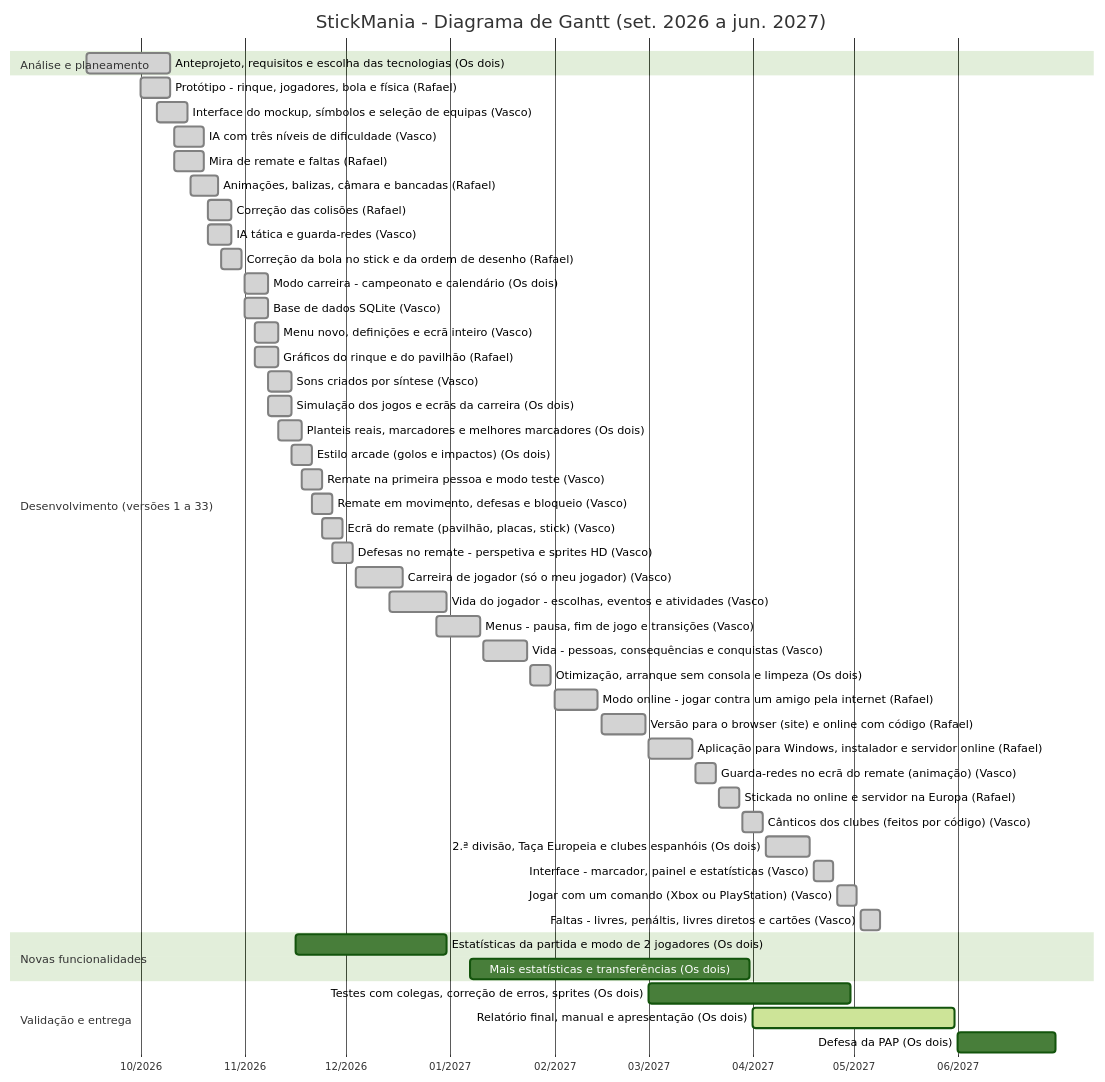
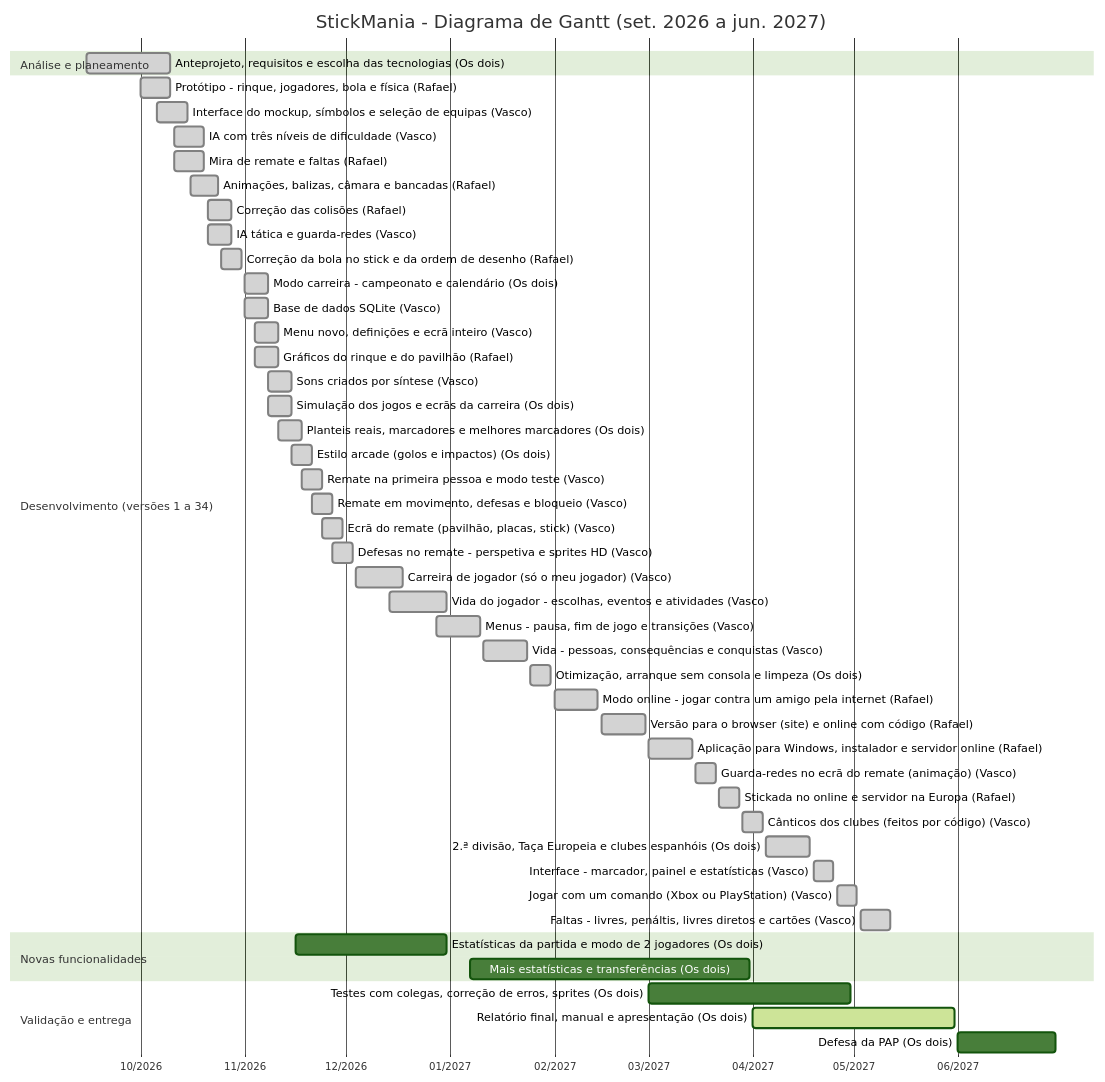
The diagram in docs/GANTT.md (RafaelSilveira23/Stickmaniapap), drawn with Mermaid (forest theme) before and after one commit. The commit also changed other lines of this file and 18 other files, not shown here.

````diff
--- a/docs/GANTT.md
+++ b/docs/GANTT.md
@@ -13,53 +13,53 @@
 ```mermaid
 gantt
     title StickMania - Diagrama de Gantt (set. 2026 a jun. 2027)
     dateFormat YYYY-MM-DD
     axisFormat %m/%Y
     tickInterval 1month
     todayMarker off
     section Análise e planeamento
     Anteprojeto, requisitos e escolha das tecnologias (Os dois) :done, t1, 2026-09-15, 2026-10-10
-    section Desenvolvimento (versões 1 a 33)
+    section Desenvolvimento (versões 1 a 34)
     Protótipo - rinque, jogadores, bola e física (Rafael) :done, t2, 2026-10-01, 2026-10-10
     Interface do mockup, símbolos e seleção de equipas (Vasco) :done, t3, 2026-10-06, 2026-10-15
     IA com três níveis de dificuldade (Vasco) :done, t4, 2026-10-11, 2026-10-20
     Mira de remate e faltas (Rafael) :done, t5, 2026-10-11, 2026-10-20
     Animações, balizas, câmara e bancadas (Rafael) :done, t6, 2026-10-16, 2026-10-24
     Correção das colisões (Rafael) :done, t7, 2026-10-21, 2026-10-28
     IA tática e guarda-redes (Vasco) :done, t8, 2026-10-21, 2026-10-28
     Correção da bola no stick e da ordem de desenho (Rafael) :done, t9, 2026-10-25, 2026-10-31
     Modo carreira - campeonato e calendário (Os dois) :done, t10, 2026-11-01, 2026-11-08
     Base de dados SQLite (Vasco) :done, t11, 2026-11-01, 2026-11-08
     Menu novo, definições e ecrã inteiro (Vasco) :done, t12, 2026-11-04, 2026-11-11
     Gráficos do rinque e do pavilhão (Rafael) :done, t13, 2026-11-04, 2026-11-11
     Sons criados por síntese (Vasco) :done, t14, 2026-11-08, 2026-11-15
     Simulação dos jogos e ecrãs da carreira (Os dois) :done, t15, 2026-11-08, 2026-11-15
     Planteis reais, marcadores e melhores marcadores (Os dois) :done, t16, 2026-11-11, 2026-11-18
     Estilo arcade (golos e impactos) (Os dois) :done, t17, 2026-11-15, 2026-11-21
     Remate na primeira pessoa e modo teste (Vasco) :done, t18, 2026-11-18, 2026-11-24
     Remate em movimento, defesas e bloqueio (Vasco) :done, t19, 2026-11-21, 2026-11-27
     Ecrã do remate (pavilhão, placas, stick) (Vasco) :done, t20, 2026-11-24, 2026-11-30
     Defesas no remate - perspetiva e sprites HD (Vasco) :done, t21, 2026-11-27, 2026-12-03
     Carreira de jogador (só o meu jogador) (Vasco) :done, t22, 2026-12-04, 2026-12-18
     Vida do jogador - escolhas, eventos e atividades (Vasco) :done, t23, 2026-12-14, 2026-12-31
     Menus - pausa, fim de jogo e transições (Vasco) :done, t24, 2026-12-28, 2027-01-10
     Vida - pessoas, consequências e conquistas (Vasco) :done, t25, 2027-01-11, 2027-01-24
     Otimização, arranque sem consola e limpeza (Os dois) :done, t26, 2027-01-25, 2027-01-31
     Modo online - jogar contra um amigo pela internet (Rafael) :done, t27, 2027-02-01, 2027-02-14
     Versão para o browser (site) e online com código (Rafael) :done, t28, 2027-02-15, 2027-02-28
     Aplicação para Windows, instalador e servidor online (Rafael) :done, t29, 2027-03-01, 2027-03-14
     Guarda-redes no ecrã do remate (animação) (Vasco) :done, t30, 2027-03-15, 2027-03-21
     Stickada no online e servidor na Europa (Rafael) :done, t31, 2027-03-22, 2027-03-28
     Cânticos dos clubes (feitos por código) (Vasco) :done, t32, 2027-03-29, 2027-04-04
     2.ª divisão, Taça Europeia e clubes espanhóis (Os dois) :done, t33, 2027-04-05, 2027-04-18
     Interface - marcador, painel e estatísticas (Vasco) :done, t34, 2027-04-19, 2027-04-25
     Jogar com um comando (Xbox ou PlayStation) (Vasco) :done, t35, 2027-04-26, 2027-05-02
-    Faltas - livres, penáltis, livres diretos e cartões (Vasco) :done, t36, 2027-05-03, 2027-05-09
+    Faltas - livres, penáltis, livres diretos e cartões (Vasco) :done, t36, 2027-05-03, 2027-05-12
     section Novas funcionalidades
     Estatísticas da partida e modo de 2 jogadores (Os dois) :t37, 2026-11-16, 2026-12-31
     Mais estatísticas e transferências (Os dois) :t38, 2027-01-07, 2027-03-31
     section Validação e entrega
     Testes com colegas, correção de erros, sprites (Os dois) :t39, 2027-03-01, 2027-04-30
     Relatório final, manual e apresentação (Os dois) :active, t40, 2027-04-01, 2027-05-31
     Defesa da PAP (Os dois) :t41, 2027-06-01, 2027-06-30
 ```
````
